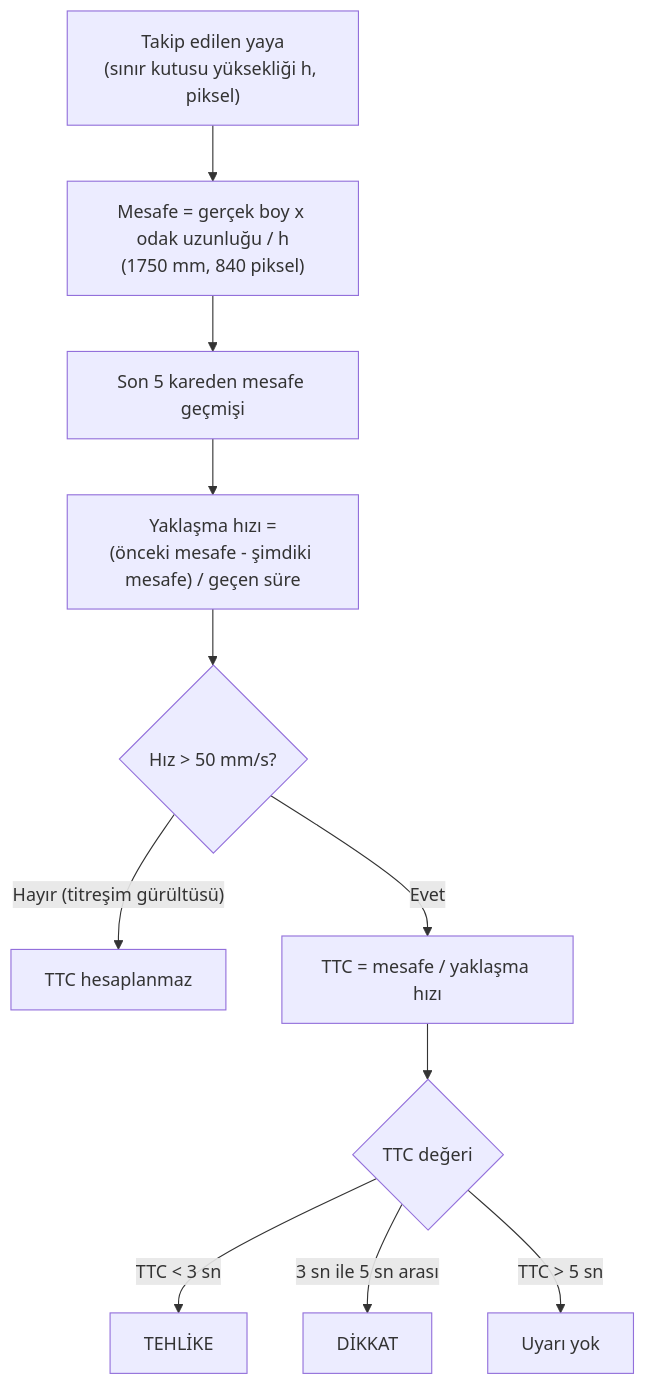
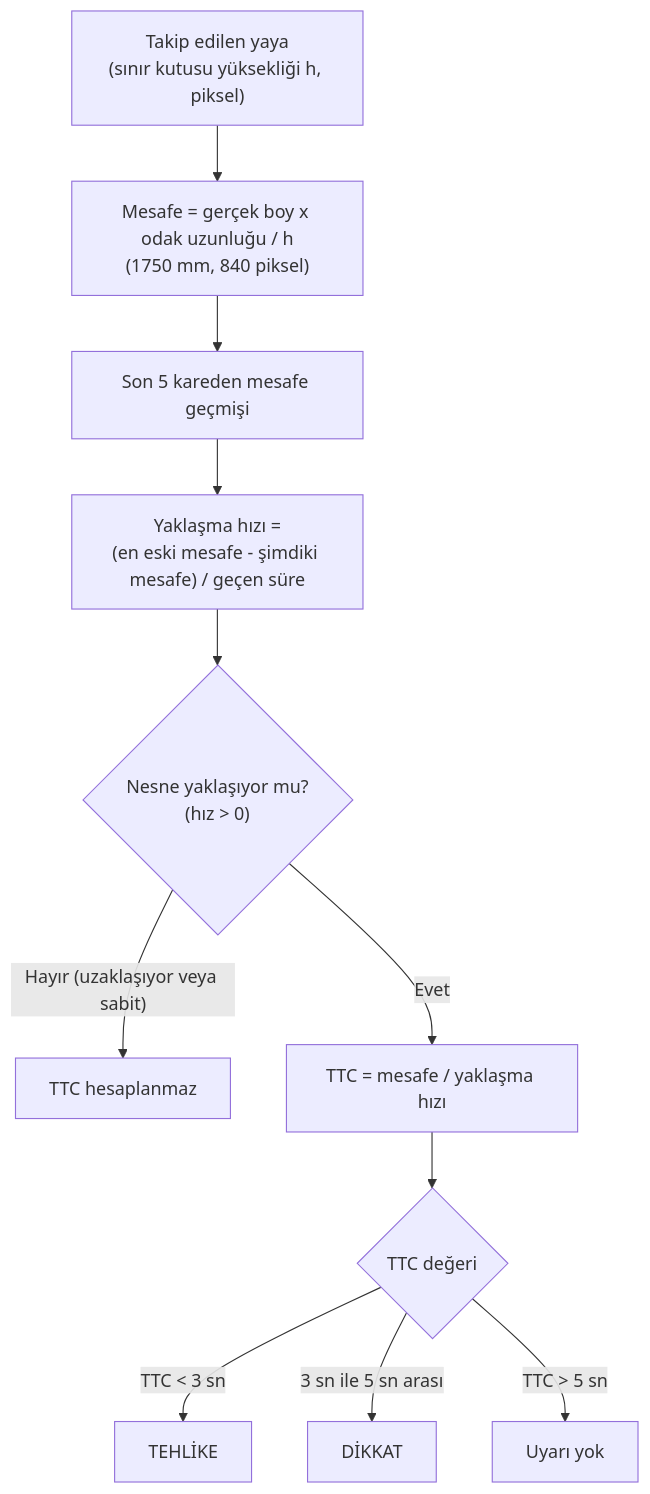
Before and after one commit to HasanOgut/fcw-jetson-orin-nano: the second of 3 diagrams in README.md, drawn with Mermaid. The commit also changed other lines of this file, not shown here.

First line of the commit message:
Revise flowchart and engineering challenges in README

````diff
--- a/README.md
+++ b/README.md
@@ -30,13 +30,13 @@
 ```mermaid
 flowchart TD
     A["Takip edilen yaya<br/>(sınır kutusu yüksekliği h, piksel)"] --> B["Mesafe = gerçek boy x odak uzunluğu / h<br/>(1750 mm, 840 piksel)"]
     B --> C["Son 5 kareden mesafe geçmişi"]
-    C --> D["Yaklaşma hızı =<br/>(önceki mesafe - şimdiki mesafe) / geçen süre"]
-    D --> E{"Hız > 50 mm/s?"}
-    E -- "Hayır (titreşim gürültüsü)" --> F["TTC hesaplanmaz"]
+    C --> D["Yaklaşma hızı =<br/>(en eski mesafe - şimdiki mesafe) / geçen süre"]
+    D --> E{"Nesne yaklaşıyor mu?<br/>(hız > 0)"}
+    E -- "Hayır (uzaklaşıyor veya sabit)" --> F["TTC hesaplanmaz"]
     E -- "Evet" --> G["TTC = mesafe / yaklaşma hızı"]
     G --> H{"TTC değeri"}
     H -- "TTC < 3 sn" --> I["TEHLİKE"]
     H -- "3 sn ile 5 sn arası" --> J["DİKKAT"]
     H -- "TTC > 5 sn" --> K["Uyarı yok"]
 ```
````
